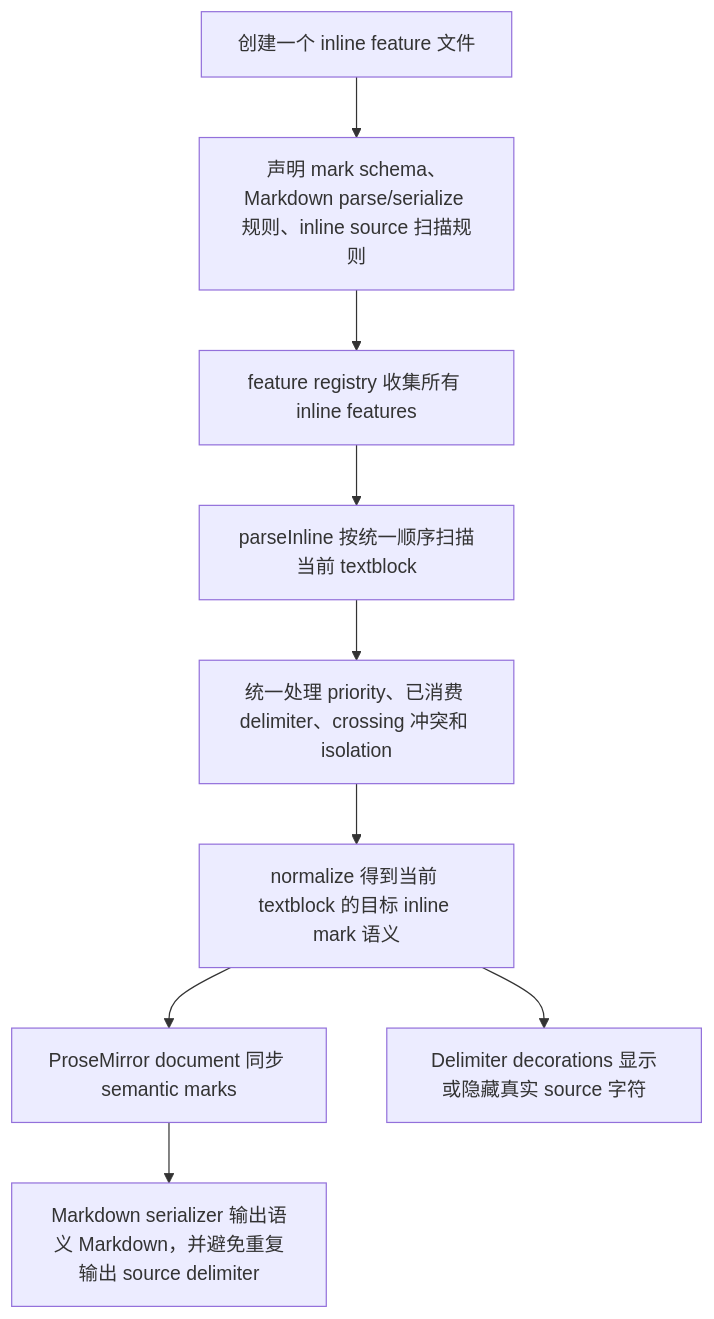
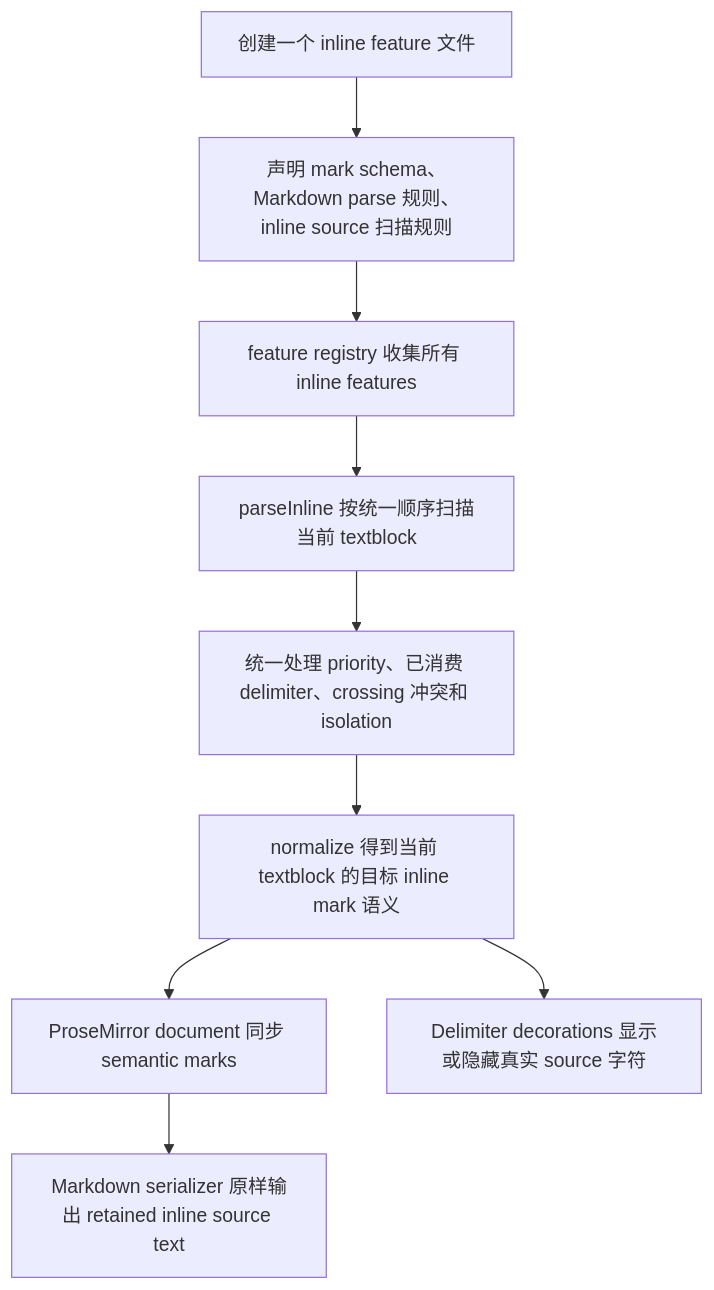
The diagram in docs/adr/0001-inline-mark-normalize-structure.md (fEyebrow/instant-markdown-editor), drawn with Mermaid before and after one commit. The commit also changed other lines of this file and 19 other files, not shown here.

Commit message:
Make inline markdown serialization source-retained

````diff
--- a/docs/adr/0001-inline-mark-normalize-structure.md
+++ b/docs/adr/0001-inline-mark-normalize-structure.md
@@ -17,11 +17,11 @@
 ```mermaid
 flowchart TD
-  A["创建一个 inline feature 文件"] --> B["声明 mark schema、Markdown parse/serialize 规则、inline source 扫描规则"]
+  A["创建一个 inline feature 文件"] --> B["声明 mark schema、Markdown parse 规则、inline source 扫描规则"]
   B --> C["feature registry 收集所有 inline features"]
   C --> D["parseInline 按统一顺序扫描当前 textblock"]
   D --> E["统一处理 priority、已消费 delimiter、crossing 冲突和 isolation"]
   E --> F["normalize 得到当前 textblock 的目标 inline mark 语义"]
   F --> G["ProseMirror document 同步 semantic marks"]
   F --> H["Delimiter decorations 显示或隐藏真实 source 字符"]
-  G --> I["Markdown serializer 输出语义 Markdown，并避免重复输出 source delimiter"]
+  G --> I["Markdown serializer 原样输出 retained inline source text"]
 ```
````
